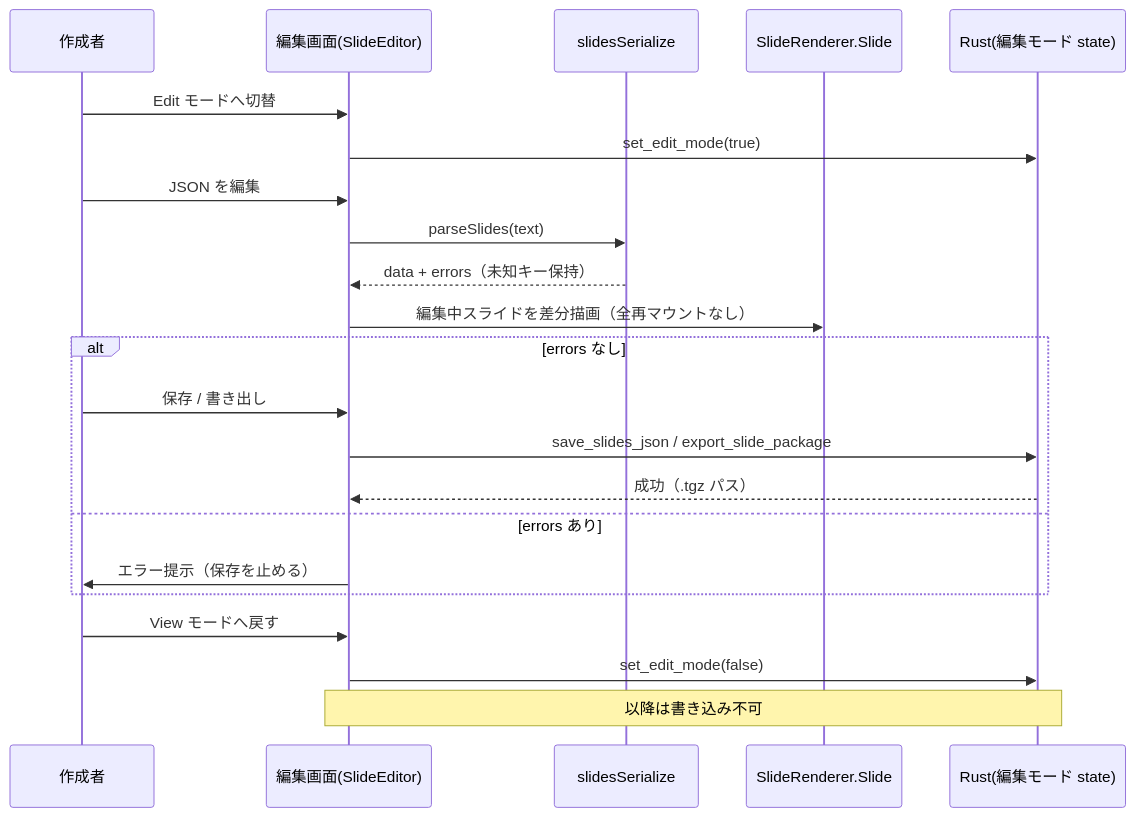
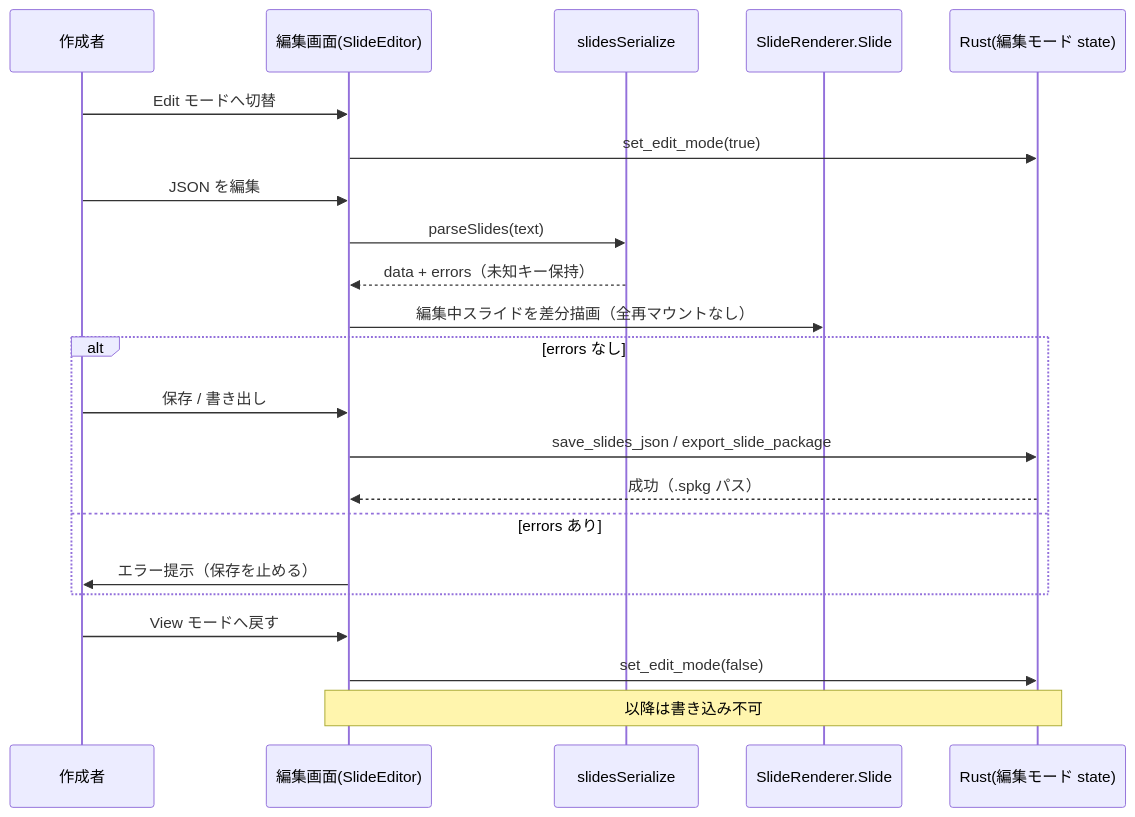
The diagram in .sdd/specification/slide-edit-mode_spec.md (ToshikiImagawa/slide-presentation-app), drawn with Mermaid before and after one commit. The commit also changed other lines of this file and 25 other files, not shown here.

````diff
--- a/.sdd/specification/slide-edit-mode_spec.md
+++ b/.sdd/specification/slide-edit-mode_spec.md
@@ -172,25 +178,25 @@
 ```mermaid
 sequenceDiagram
     participant U as 作成者
     participant Edit as 編集画面(SlideEditor)
     participant Ser as slidesSerialize
     participant Prev as SlideRenderer.Slide
     participant Rust as Rust(編集モード state)
 
     U->>Edit: Edit モードへ切替
     Edit->>Rust: set_edit_mode(true)
     U->>Edit: JSON を編集
     Edit->>Ser: parseSlides(text)
     Ser-->>Edit: data + errors（未知キー保持）
     Edit->>Prev: 編集中スライドを差分描画（全再マウントなし）
     alt errors なし
         U->>Edit: 保存 / 書き出し
         Edit->>Rust: save_slides_json / export_slide_package
-        Rust-->>Edit: 成功（.tgz パス）
+        Rust-->>Edit: 成功（.spkg パス）
     else errors あり
         Edit->>U: エラー提示（保存を止める）
     end
     U->>Edit: View モードへ戻す
     Edit->>Rust: set_edit_mode(false)
     Note over Edit,Rust: 以降は書き込み不可
 ```
````
